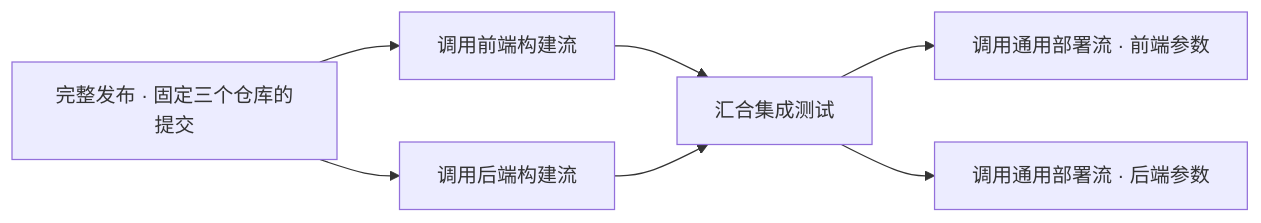
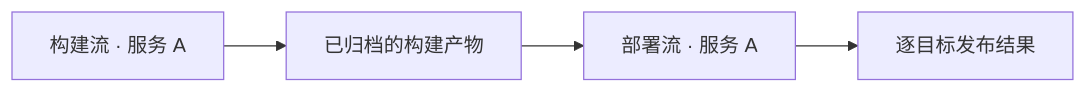
One commit to Yui100901/veyops changed the diagram in docs/项目执行图需求与实施计划.md. Above: the diagram before and after it, drawn with Mermaid. The commit also changed other lines of this file and 74 other files, not shown here.

Commit message:
Move build and deployment into execution flow presets

````diff
--- a/docs/项目执行图需求与实施计划.md
+++ b/docs/项目执行图需求与实施计划.md
@@ -13,9 +33,6 @@
 ```mermaid
 flowchart LR
-    R["完整发布 · 固定三个仓库的提交"] --> F["调用前端构建流"]
-    R --> B["调用后端构建流"]
-    F --> J["汇合集成测试"]
-    B --> J
-    J --> DF["调用通用部署流 · 前端参数"]
-    J --> DB["调用通用部署流 · 后端参数"]
+    B["构建流 · 服务 A"] --> A["已归档的构建产物"]
+    A --> D["部署流 · 服务 A"]
+    D --> R["逐目标发布结果"]
 ```
````
